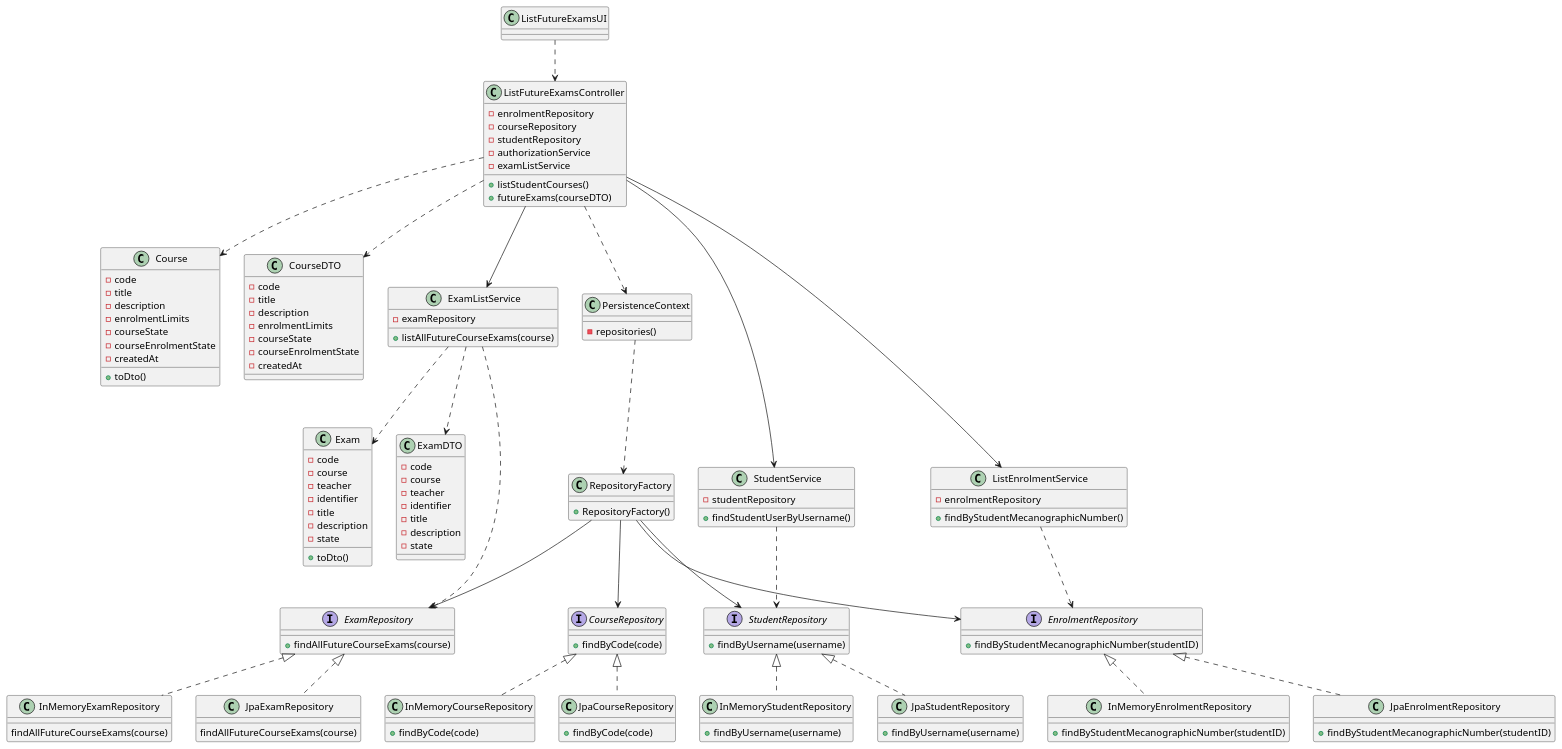
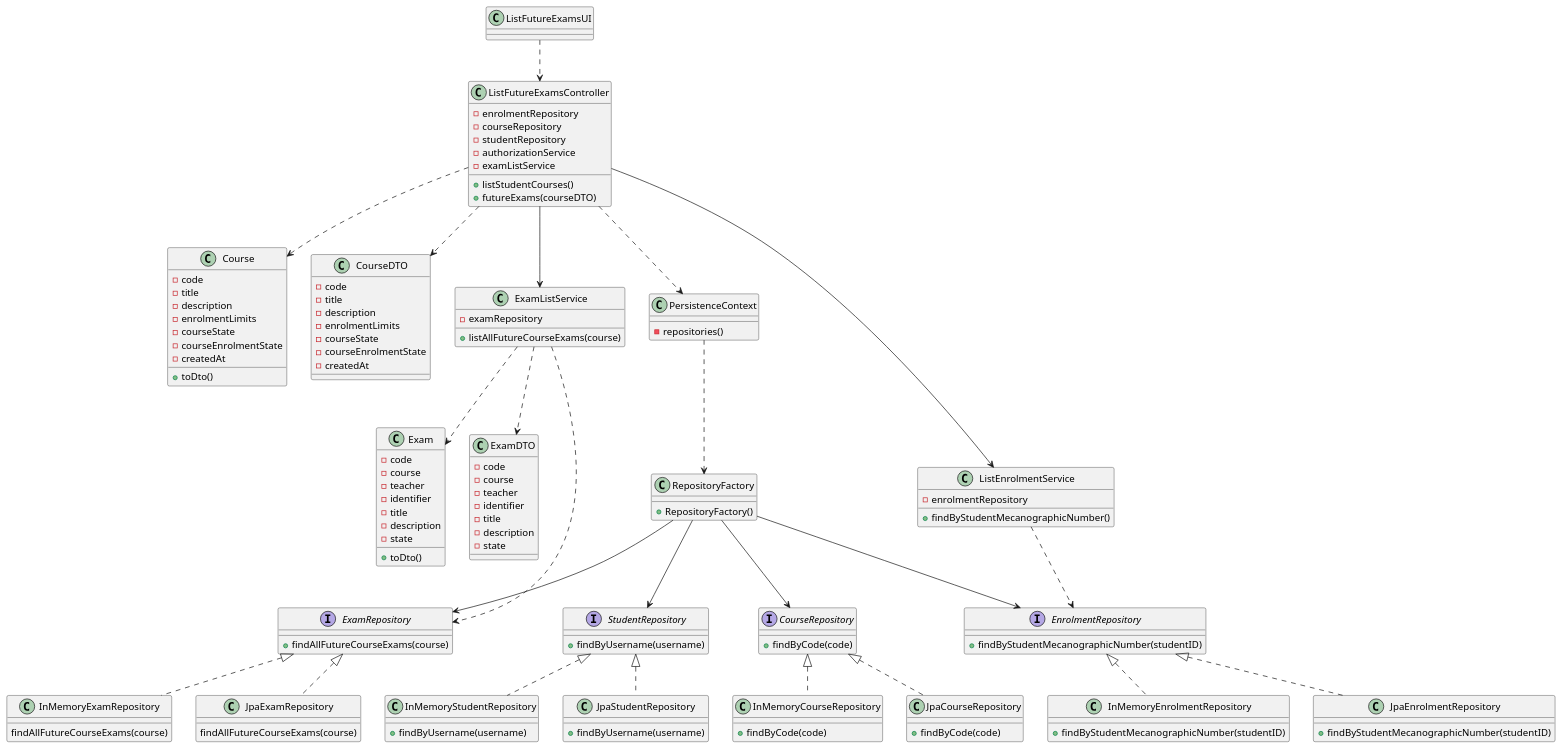
One commit to miseEnPlace-dev/lapr4 changed the diagram in docs/sprint-b/us22-2002/US2002_CD.puml. Above: the diagram before and after it, drawn with PlantUML. The commit also changed 4 other files, not shown here.

```diff
--- a/docs/sprint-b/us22-2002/US2002_CD.puml
+++ b/docs/sprint-b/us22-2002/US2002_CD.puml
@@ -1,170 +1,163 @@
 @startuml US2002_CD
 
 class ListFutureExamsUI {
 
 }
 
 class ListFutureExamsController {
 - enrolmentRepository
 - courseRepository
 - studentRepository
 - authorizationService
 - examListService
 + listStudentCourses()
 + futureExams(courseDTO)
 }
 
 interface StudentRepository {
 + findByUsername(username)
 }
 
 class InMemoryStudentRepository {
 + findByUsername(username)
 }
 
 class JpaStudentRepository {
 + findByUsername(username)
 }
 
 class Course {
   - code
   - title
   - description
   - enrolmentLimits
   - courseState
   - courseEnrolmentState
   - createdAt
   + toDto()
 }
 
 class CourseDTO {
   - code
   - title
   - description
   - enrolmentLimits
   - courseState
   - courseEnrolmentState
   - createdAt
 }
 
 interface CourseRepository {
   + findByCode(code)
 }
 
 class InMemoryCourseRepository {
   + findByCode(code)
 }
 
 class JpaCourseRepository {
   + findByCode(code)
 }
 
 
 class Exam {
 - code
 - course
 - teacher
 - identifier
 - title
 - description
 - state
 + toDto()
 }
 
 class ExamDTO {
 - code
 - course
 - teacher
 - identifier
 - title
 - description
 - state
 }
 
 class ExamListService {
 - examRepository
 + listAllFutureCourseExams(course)
 }
 
-class StudentService {
-- studentRepository
-+ findStudentUserByUsername()
-}
-
 class ListEnrolmentService {
 - enrolmentRepository
 + findByStudentMecanographicNumber()
 }
 
 interface ExamRepository {
 + findAllFutureCourseExams(course)
 }
 
 
 class InMemoryExamRepository {
 findAllFutureCourseExams(course)
 }
 
 class JpaExamRepository {
 findAllFutureCourseExams(course)
 }
 
 
 class RepositoryFactory {
   + RepositoryFactory()
 }
 
 
 class PersistenceContext {
   - repositories()
 }
 
 
 interface EnrolmentRepository {
 + findByStudentMecanographicNumber(studentID)
 }
 
 class InMemoryEnrolmentRepository {
 + findByStudentMecanographicNumber(studentID)
 }
 
 class JpaEnrolmentRepository {
 + findByStudentMecanographicNumber(studentID)
 }
 
 
 
 PersistenceContext ..> RepositoryFactory
 
 RepositoryFactory --> CourseRepository
 RepositoryFactory --> ExamRepository
 RepositoryFactory --> StudentRepository
 RepositoryFactory --> EnrolmentRepository
 
 CourseRepository <|.. InMemoryCourseRepository
 CourseRepository <|.. JpaCourseRepository
 ExamRepository <|.. InMemoryExamRepository
 ExamRepository <|.. JpaExamRepository
 StudentRepository <|.. InMemoryStudentRepository
 StudentRepository <|.. JpaStudentRepository
 EnrolmentRepository <|.. InMemoryEnrolmentRepository
 EnrolmentRepository <|.. JpaEnrolmentRepository
 
 ListFutureExamsController --> ListEnrolmentService
 ListFutureExamsController --> ExamListService
-ListFutureExamsController --> StudentService
 ListFutureExamsController ..> Course
 ListFutureExamsController ..> CourseDTO
 ListFutureExamsController ..> PersistenceContext
 
 ListFutureExamsUI ..> ListFutureExamsController
 
-StudentService ..> StudentRepository
 ListEnrolmentService ..> EnrolmentRepository
 
 ExamListService ..> Exam
 ExamListService ..> ExamDTO
 ExamListService ..> ExamRepository
 
 
 @enduml
```
